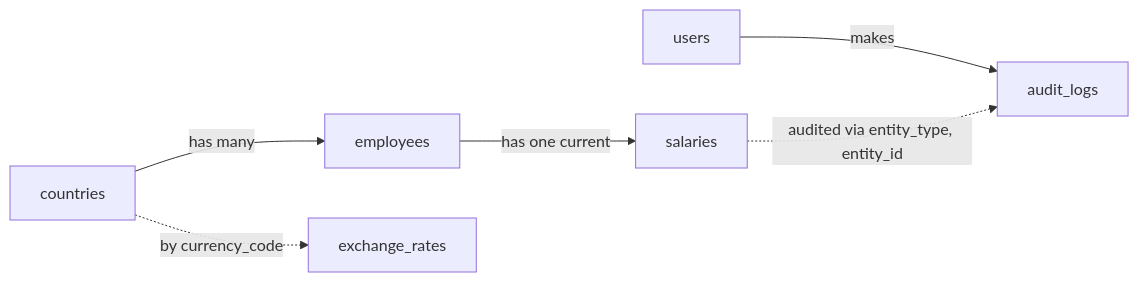
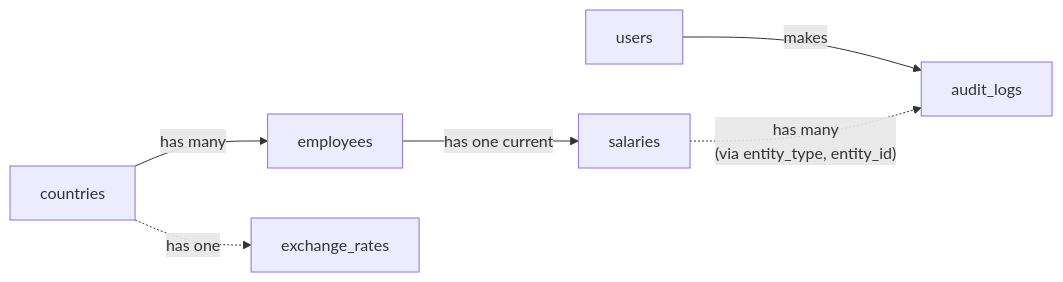
Before and after one commit to Moin-A/salary-manager-acme: the diagram in docs/design.md, drawn with Mermaid.

Commit message:
docs: relabel the design diagram's links [Docs]
Countries have one exchange rate; salaries have many audit logs, with
"(via entity_type, entity_id)" on a second line so the label no longer
truncates.

````diff
--- a/docs/design.md
+++ b/docs/design.md
@@ -5,8 +5,8 @@
 ```mermaid
 flowchart LR
   countries -->|has many| employees
   employees -->|has one current| salaries
   users -->|makes| audit_logs
-  salaries -.->|audited via entity_type, entity_id| audit_logs
-  countries -.->|by currency_code| exchange_rates
+  salaries -.->|"has many<br/>(via entity_type, entity_id)"| audit_logs
+  countries -.->|has one| exchange_rates
 ```
````
